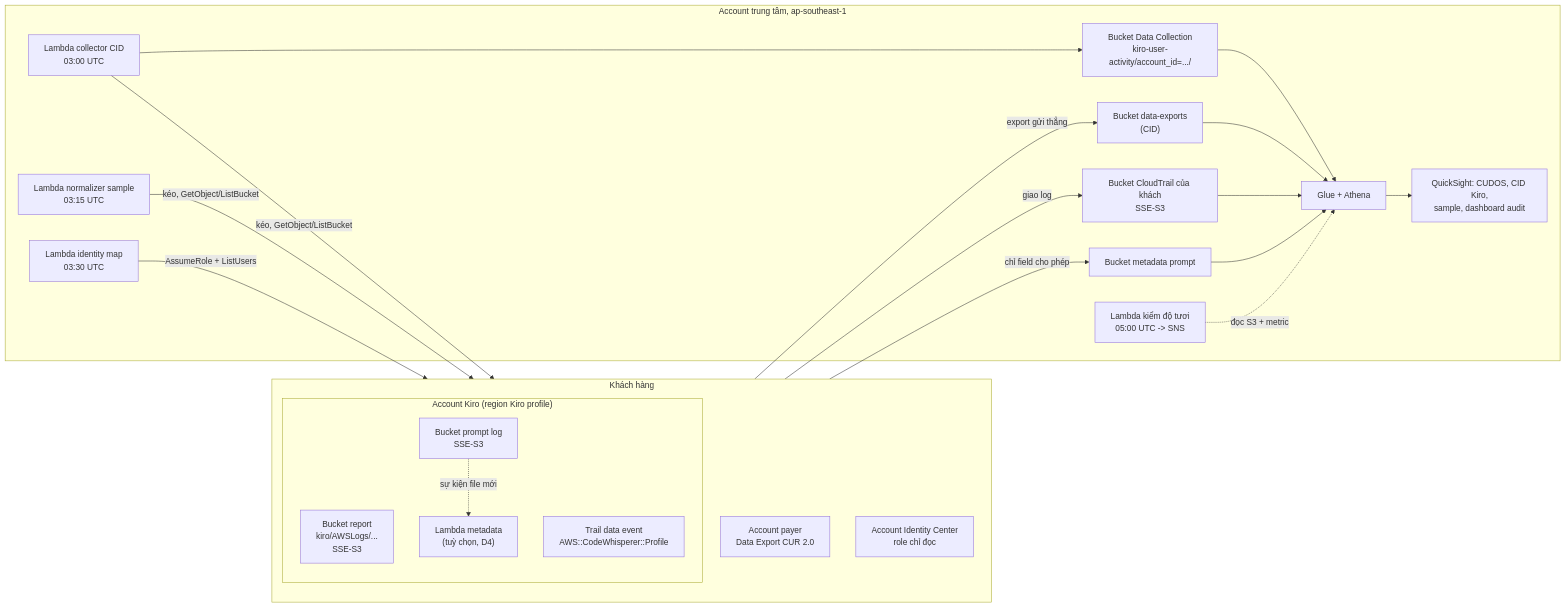
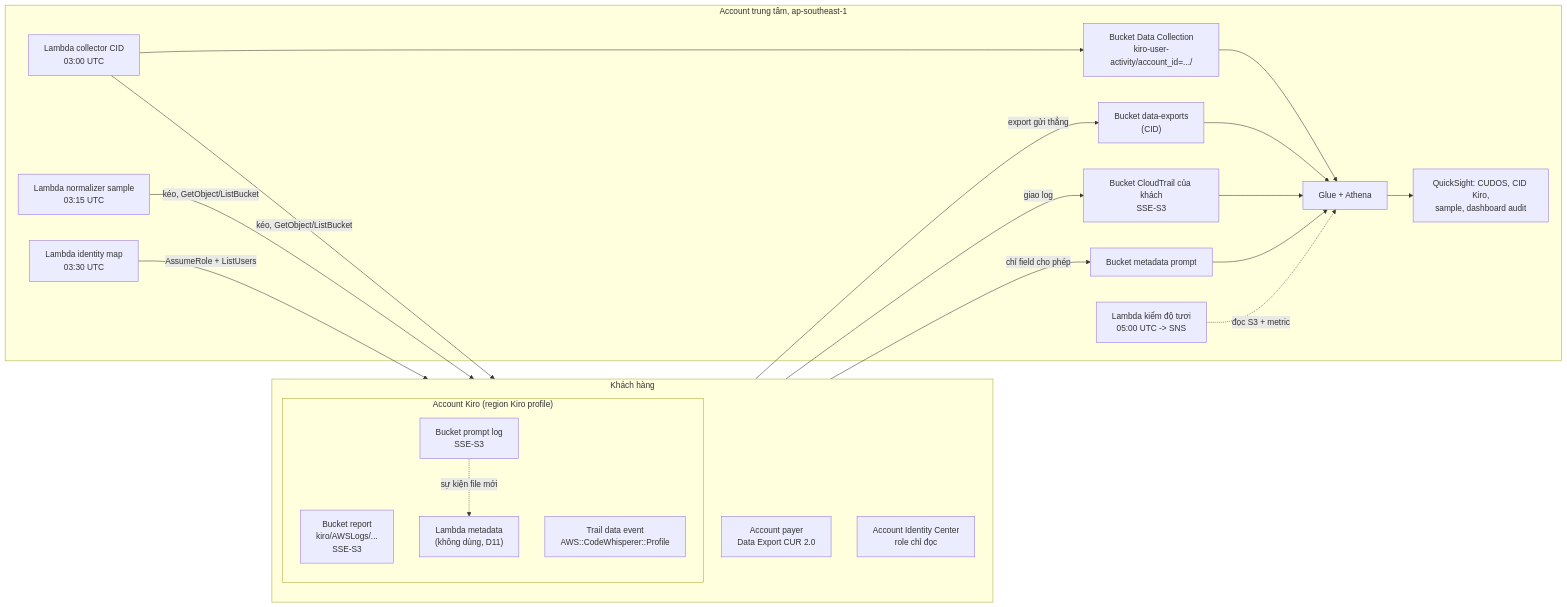
One commit to ihatesea69/kiro-enterprise-monitoring changed the first of 2 diagrams in .kiro/specs/kiro-customer-monitoring/design.md. Above: the diagram before and after it, drawn with Mermaid. The commit also changed other lines of this file and 3 other files, not shown here.

````diff
--- a/.kiro/specs/kiro-customer-monitoring/design.md
+++ b/.kiro/specs/kiro-customer-monitoring/design.md
@@ -14,36 +14,36 @@
 ```mermaid
 flowchart LR
   subgraph KH["Khách hàng"]
     direction TB
     PAY["Account payer<br/>Data Export CUR 2.0"]
     subgraph KA["Account Kiro (region Kiro profile)"]
       RPT["Bucket report<br/>kiro/AWSLogs/...<br/>SSE-S3"]
       PLG["Bucket prompt log<br/>SSE-S3"]
       TRL["Trail data event<br/>AWS::CodeWhisperer::Profile"]
-      MEX["Lambda metadata<br/>(tuỳ chọn, D4)"]
+      MEX["Lambda metadata<br/>(không dùng, D11)"]
     end
     IDC["Account Identity Center<br/>role chỉ đọc"]
   end
   subgraph RN["Account trung tâm, ap-southeast-1"]
     DEX["Bucket data-exports<br/>(CID)"]
     DCB["Bucket Data Collection<br/>kiro-user-activity/account_id=.../"]
     COL["Lambda collector CID<br/>03:00 UTC"]
     NOR["Lambda normalizer sample<br/>03:15 UTC"]
     IMP["Lambda identity map<br/>03:30 UTC"]
     CTB["Bucket CloudTrail của khách<br/>SSE-S3"]
     MDB["Bucket metadata prompt"]
     ATH["Glue + Athena"]
     QS["QuickSight: CUDOS, CID Kiro,<br/>sample, dashboard audit"]
     FRS["Lambda kiểm độ tươi<br/>05:00 UTC -> SNS"]
   end
   PAY -- "export gửi thẳng" --> DEX
   COL -- "kéo, GetObject/ListBucket" --> RPT
   NOR -- "kéo, GetObject/ListBucket" --> RPT
   IMP -- "AssumeRole + ListUsers" --> IDC
   TRL -- "giao log" --> CTB
   PLG -. "sự kiện file mới" .-> MEX
   MEX -- "chỉ field cho phép" --> MDB
   COL --> DCB
   DEX & DCB & CTB & MDB --> ATH --> QS
   FRS -. "đọc S3 + metric" .-> ATH
 ```
````
